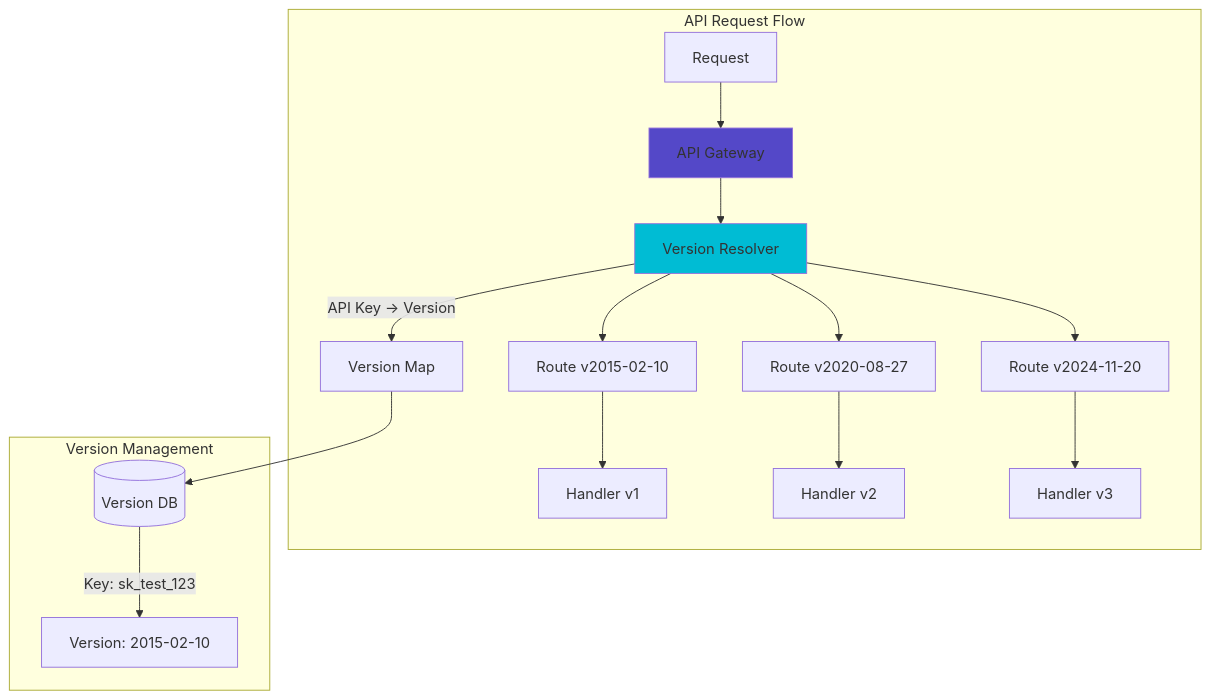
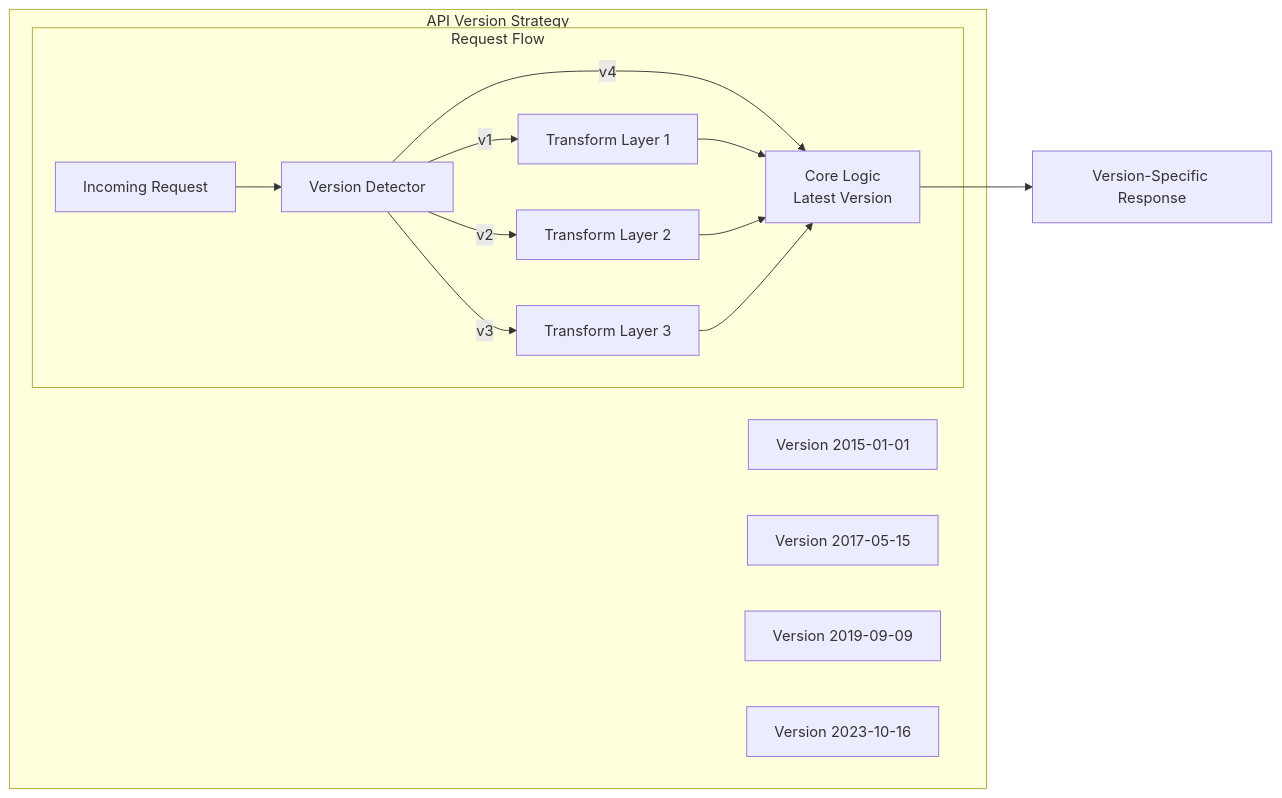
Before and after one commit to deepaucksharma/DStudio: the third of 8 diagrams in docs/case-studies/elite-engineering/stripe-api-excellence.md, drawn with Mermaid. The commit also changed other lines of this file and 23 other files, not shown here.

````diff
--- a/docs/case-studies/elite-engineering/stripe-api-excellence.md
+++ b/docs/case-studies/elite-engineering/stripe-api-excellence.md
@@ -73,24 +164,30 @@
 ```mermaid
-graph TD
-    subgraph "API Request Flow"
-        R[Request] --> G[API Gateway]
-        G --> V[Version Resolver]
-        V --> |"API Key → Version"| VM[Version Map]
+graph LR
+    subgraph "API Version Strategy"
+        V1[Version 2015-01-01]
+        V2[Version 2017-05-15]
+        V3[Version 2019-09-09]
+        V4[Version 2023-10-16]
         
-        V --> R1[Route v2015-02-10]
-        V --> R2[Route v2020-08-27]
-        V --> R3[Route v2024-11-20]
-        
-        R1 --> H1[Handler v1]
-        R2 --> H2[Handler v2]
-        R3 --> H3[Handler v3]
+        subgraph "Request Flow"
+            REQ[Incoming Request]
+            VD[Version Detector]
+            T1[Transform Layer 1]
+            T2[Transform Layer 2]
+            T3[Transform Layer 3]
+            CORE[Core Logic<br/>Latest Version]
+        end
     end
     
-    subgraph "Version Management"
-        VM --> DB[(Version DB)]
-        DB --> |"Key: sk_test_123"| VER[Version: 2015-02-10]
-    end
+    REQ --> VD
+    VD -->|v1| T1
+    VD -->|v2| T2
+    VD -->|v3| T3
+    VD -->|v4| CORE
     
-    style G fill:#5448C8
-    style V fill:#00BCD4
+    T1 --> CORE
+    T2 --> CORE
+    T3 --> CORE
+    
+    CORE --> Response[Version-Specific Response]
 ```
````
